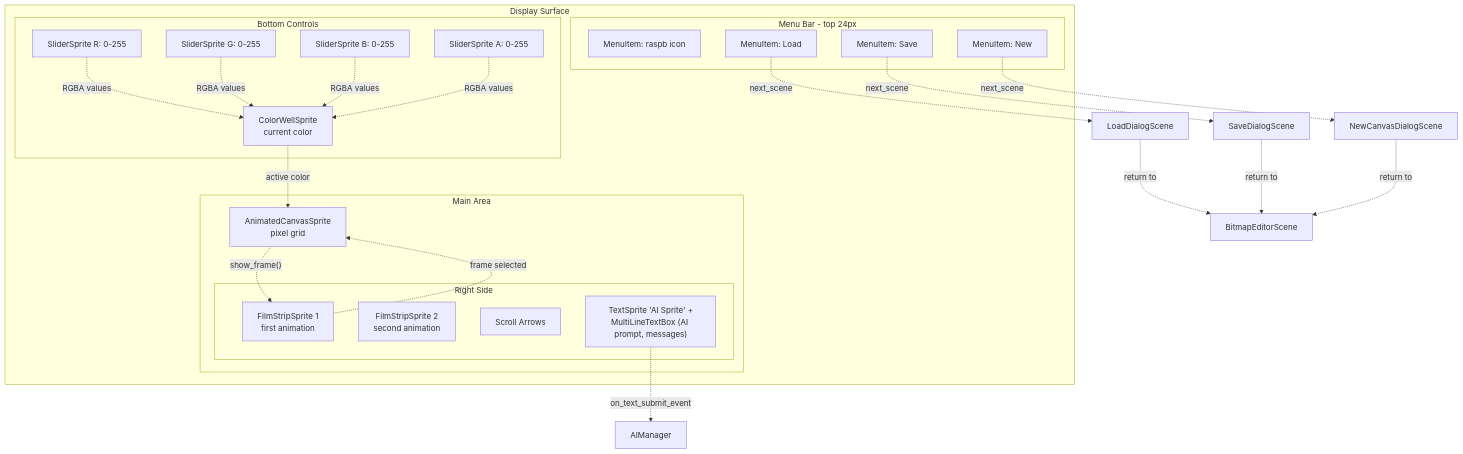
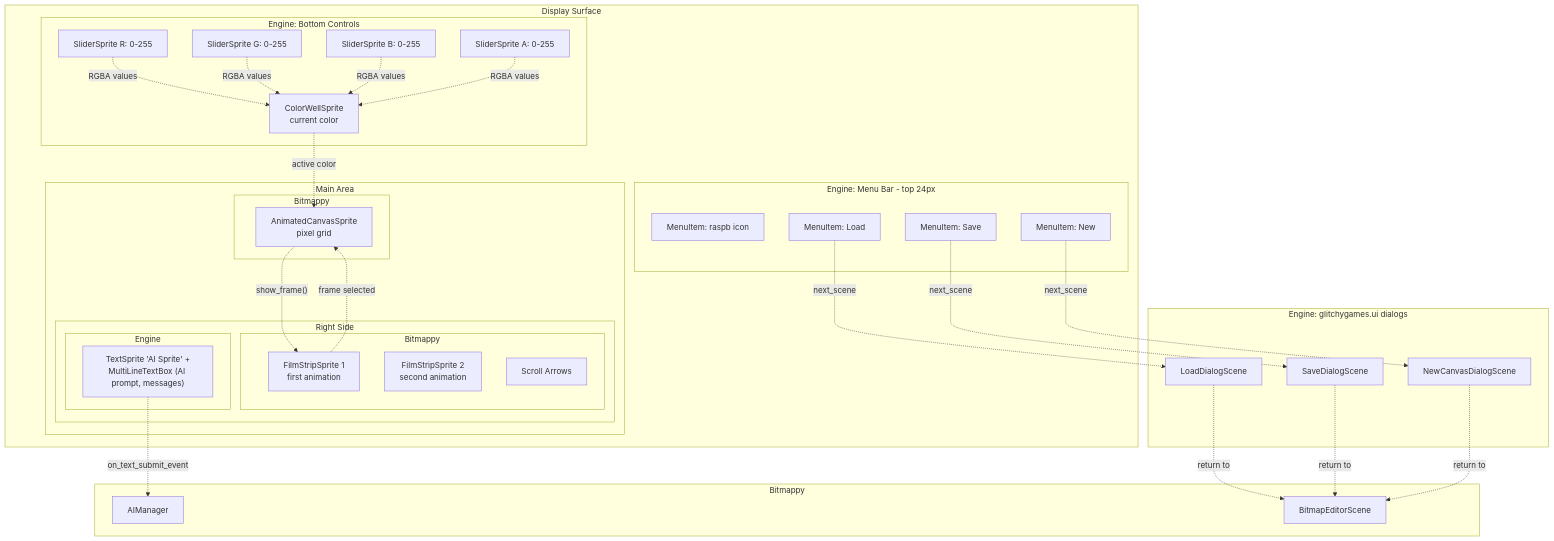
The sixth of 10 diagrams in docs/architecture/bitmappy.md (terrysimons/glitchygames), drawn with Mermaid before and after one commit. The commit also changed other lines of this file and 5 other files, not shown here.

First line of the commit message:
Docs: every diagram that mixes engine and game code shows the split

````diff
--- a/docs/architecture/bitmappy.md
+++ b/docs/architecture/bitmappy.md
@@ -234,43 +279,60 @@
 ```mermaid
 flowchart TB
     subgraph Screen["Display Surface"]
-        subgraph MenuArea["Menu Bar - top 24px"]
+        subgraph MenuArea["Engine: Menu Bar - top 24px"]
             ICON["MenuItem: raspb icon"]
             NEW["MenuItem: New"]
             SAVE_M["MenuItem: Save"]
             LOAD_M["MenuItem: Load"]
         end
 
         subgraph MainArea["Main Area"]
-            CANVAS_S["AnimatedCanvasSprite\npixel grid"]
+            subgraph APP_UI_CANVAS["Bitmappy"]
+                CANVAS_S["AnimatedCanvasSprite\npixel grid"]
+            end
             subgraph RightPanel["Right Side"]
-                FS1["FilmStripSprite 1\nfirst animation"]
-                FS2["FilmStripSprite 2\nsecond animation"]
-                ARROWS["Scroll Arrows"]
-                AI["TextSprite 'AI Sprite' +\nMultiLineTextBox (AI prompt, messages)"]
+                subgraph APP_UI_FILM_STRIPS["Bitmappy"]
+                    FS1["FilmStripSprite 1\nfirst animation"]
+                    FS2["FilmStripSprite 2\nsecond animation"]
+                    ARROWS["Scroll Arrows"]
+                end
+                subgraph ENGINE_UI_AI_PROMPT["Engine"]
+                    AI["TextSprite 'AI Sprite' +\nMultiLineTextBox (AI prompt, messages)"]
+                end
             end
         end
 
-        subgraph BottomArea["Bottom Controls"]
+        subgraph BottomArea["Engine: Bottom Controls"]
             CW["ColorWellSprite\ncurrent color"]
             SA["SliderSprite A: 0-255"]
             SR["SliderSprite R: 0-255"]
             SG["SliderSprite G: 0-255"]
             SB["SliderSprite B: 0-255"]
         end
     end
 
+    subgraph APP_UI_OUTSIDE["Bitmappy"]
+        AIM["AIManager"]
+        BES_RETURN["BitmapEditorScene"]
+    end
+
+    subgraph ENGINE_UI_DIALOGS["Engine: glitchygames.ui dialogs"]
+        LDS["LoadDialogScene"]
+        SDS["SaveDialogScene"]
+        NDS["NewCanvasDialogScene"]
+    end
+
     CANVAS_S -.->|"show_frame()"| FS1
     FS1 -.->|"frame selected"| CANVAS_S
     CW -.->|"active color"| CANVAS_S
     SR & SG & SB & SA -.->|"RGBA values"| CW
-    AI -.->|"on_text_submit_event"| AIM["AIManager"]
+    AI -.->|"on_text_submit_event"| AIM
 
-    LOAD_M -.->|"next_scene"| LDS["LoadDialogScene"]
-    SAVE_M -.->|"next_scene"| SDS["SaveDialogScene"]
-    NEW -.->|"next_scene"| NDS["NewCanvasDialogScene"]
+    LOAD_M -.->|"next_scene"| LDS
+    SAVE_M -.->|"next_scene"| SDS
+    NEW -.->|"next_scene"| NDS
 
-    LDS -.->|"return to"| BES_RETURN["BitmapEditorScene"]
+    LDS -.->|"return to"| BES_RETURN
     SDS -.->|"return to"| BES_RETURN
     NDS -.->|"return to"| BES_RETURN
 ```
````
